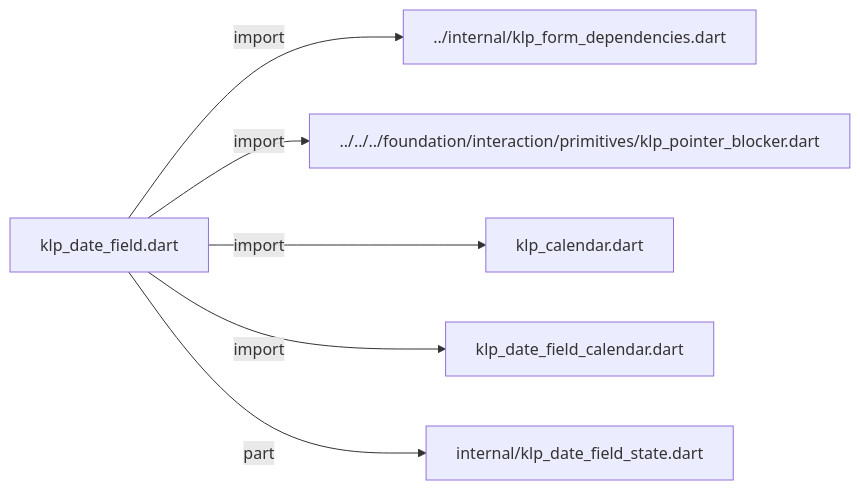
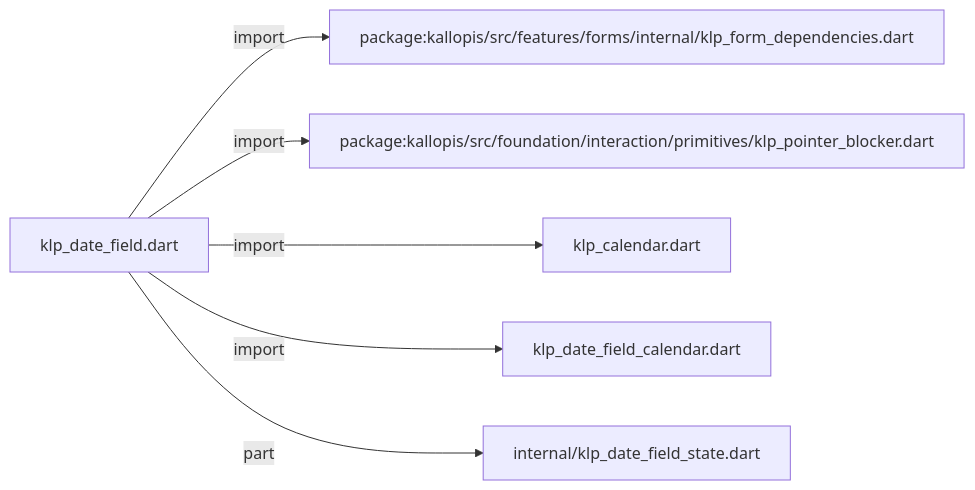
One commit to MiuDog/Kallopis changed the first of 3 diagrams in docs/architecture/src/features/forms/selection/klp_date_field.md. Above: the diagram before and after it, drawn with Mermaid. The commit also changed other lines of this file and 9688 other files, not shown here.

Commit message:
Prepare isolated Flow F2 peer baseline

````diff
--- a/docs/architecture/src/features/forms/selection/klp_date_field.md
+++ b/docs/architecture/src/features/forms/selection/klp_date_field.md
@@ -11,14 +11,14 @@
 ```mermaid
 flowchart LR
 	n0["klp_date_field.dart"]
-	n1["../internal/klp_form_dependencies.dart"]
-	n2["../../../foundation/interaction/primitives/klp_pointer_blocker.dart"]
+	n1["package:kallopis/src/features/forms/internal/klp_form_dependencies.dart"]
+	n2["package:kallopis/src/foundation/interaction/primitives/klp_pointer_blocker.dart"]
 	n3["klp_calendar.dart"]
 	n4["klp_date_field_calendar.dart"]
 	n5["internal/klp_date_field_state.dart"]
 	n0 -->|"import"| n1
 	n0 -->|"import"| n2
 	n0 -->|"import"| n3
 	n0 -->|"import"| n4
 	n0 -->|"part"| n5
 ```
````
